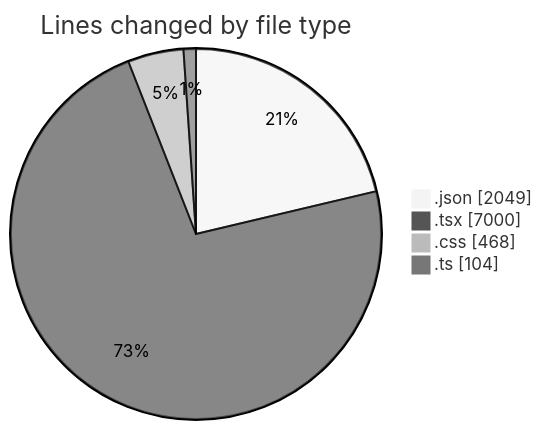
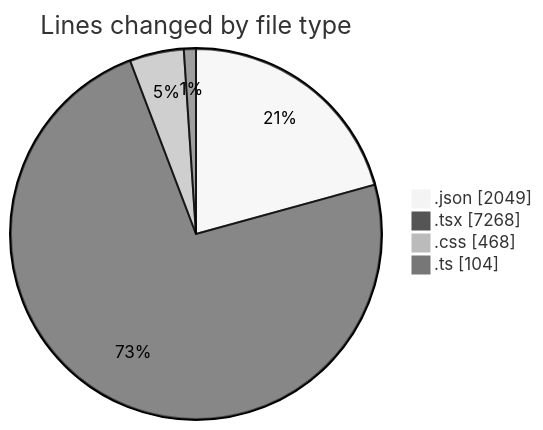
One commit to EIIisD/code-tracking changed the first of 2 diagrams in 2025-08-14/ribbon/README.md. Above: the diagram before and after it, drawn with Mermaid (neutral theme). The commit also changed other lines of this file and 1 other file, not shown here.

````diff
--- a/2025-08-14/ribbon/README.md
+++ b/2025-08-14/ribbon/README.md
@@ -29,8 +29,8 @@
 ```mermaid
 pie showData
 title Lines changed by file type
 ".json" : 2049
-".tsx" : 7000
+".tsx" : 7268
 ".css" : 468
 ".ts" : 104
 ```
````
